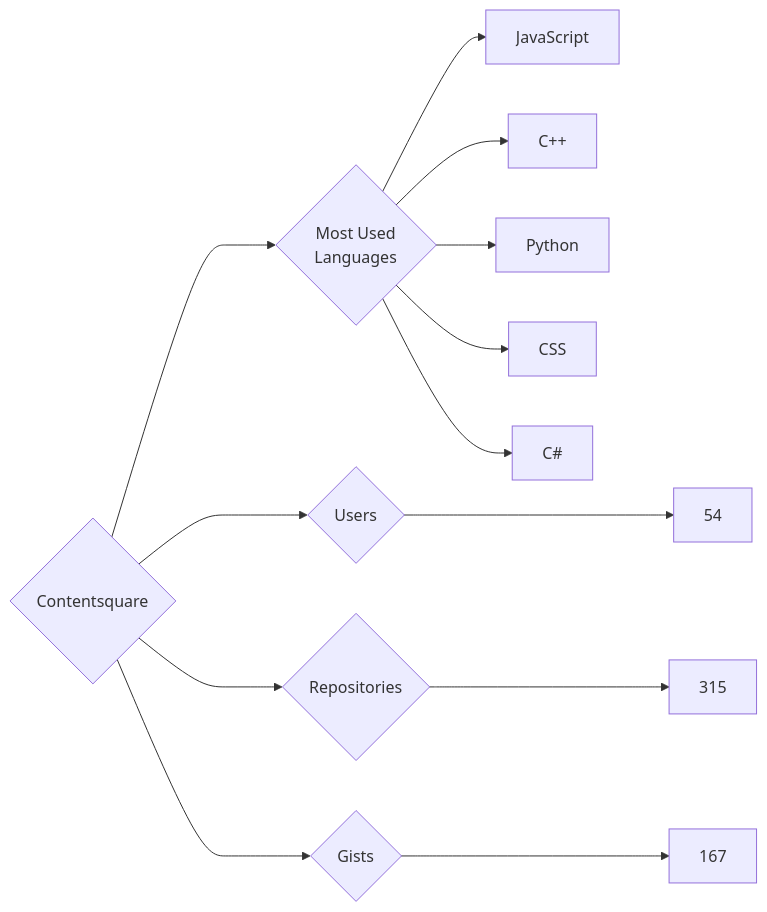
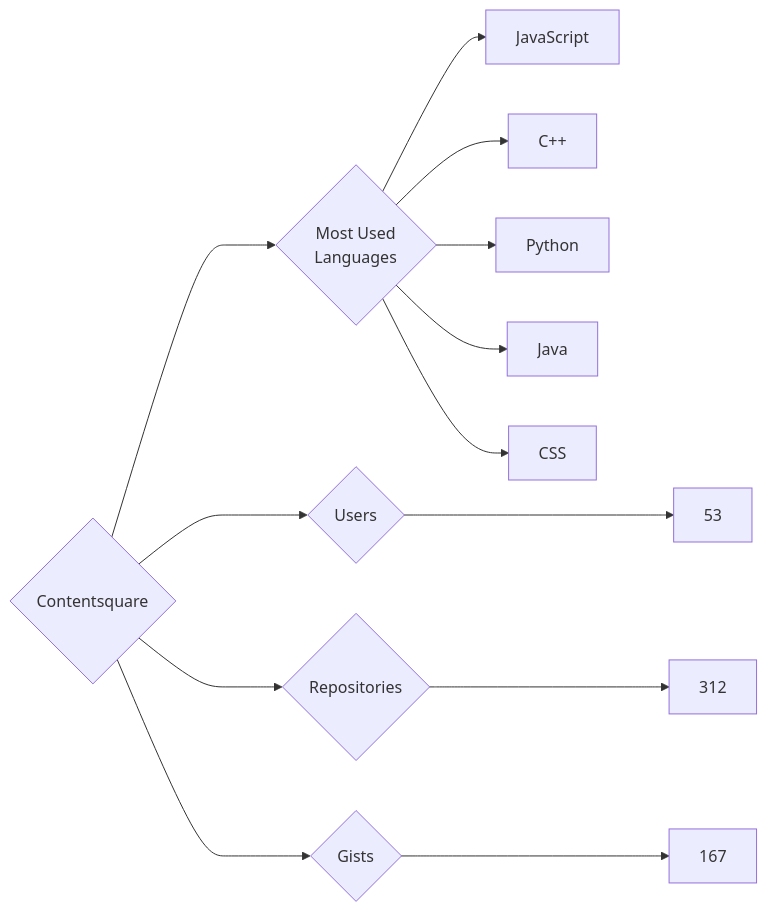
The diagram in targets/Contentsquare/README.md (trickest/insiders), drawn with Mermaid before and after one commit. The commit also changed 1055 other files, not shown here.

````diff
--- a/targets/Contentsquare/README.md
+++ b/targets/Contentsquare/README.md
@@ -3,13 +3,13 @@
 ```mermaid
 graph LR
 COMPANY_NAME{Contentsquare}
-COMPANY_NAME ---> U{Users} ---> UN[54]
-COMPANY_NAME ---> R{Repositories} ---> RN[315]
+COMPANY_NAME ---> U{Users} ---> UN[53]
+COMPANY_NAME ---> R{Repositories} ---> RN[312]
 COMPANY_NAME ---> G{Gists} ---> GN[167]
 COMPANY_NAME ---> ML{Most Used<br>Languages}
 ML --> JavaScript[JavaScript]
 ML --> C++[C++]
 ML --> Python[Python]
+ML --> Java[Java]
 ML --> CSS[CSS]
-ML --> C#[C#]
 ```
````
